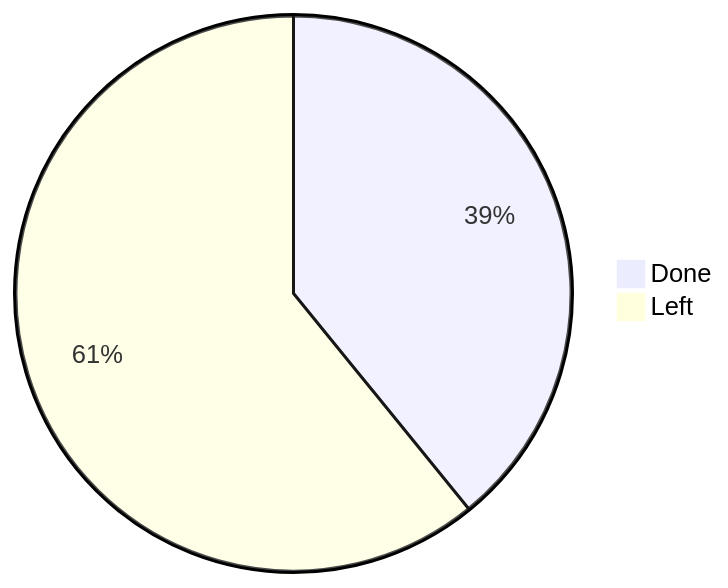
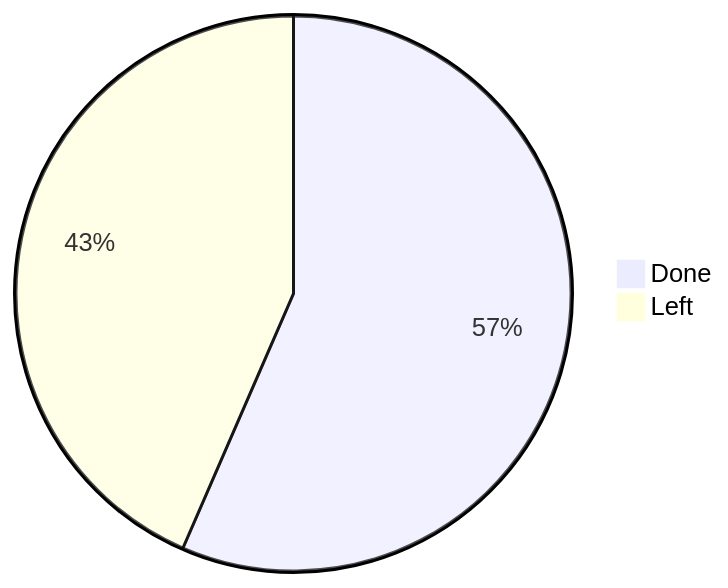
One commit to namanaggarwal76/cses_solutions changed the third of 3 diagrams in docs/index.md. Above: the diagram before and after it, drawn with Mermaid. The commit also changed 11 other files, not shown here.

````diff
--- a/docs/index.md
+++ b/docs/index.md
@@ -23,5 +23,5 @@
 ```mermaid
 pie
-    "Done" : 9
-    "Left" : 14
+    "Done" : 13
+    "Left" : 10
 ```
````
